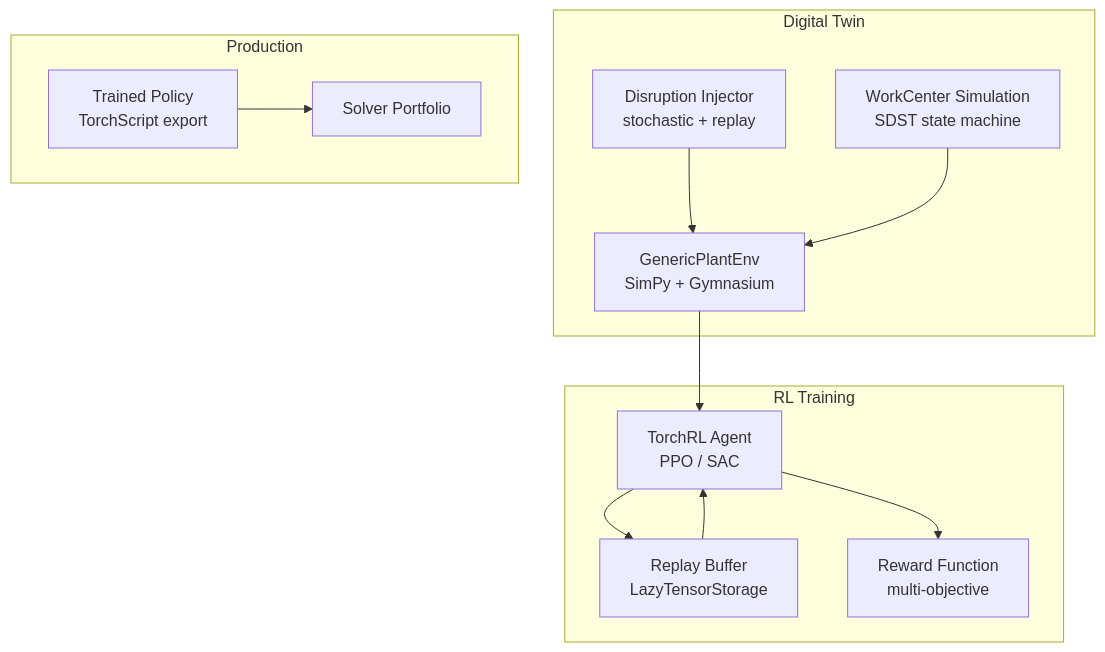
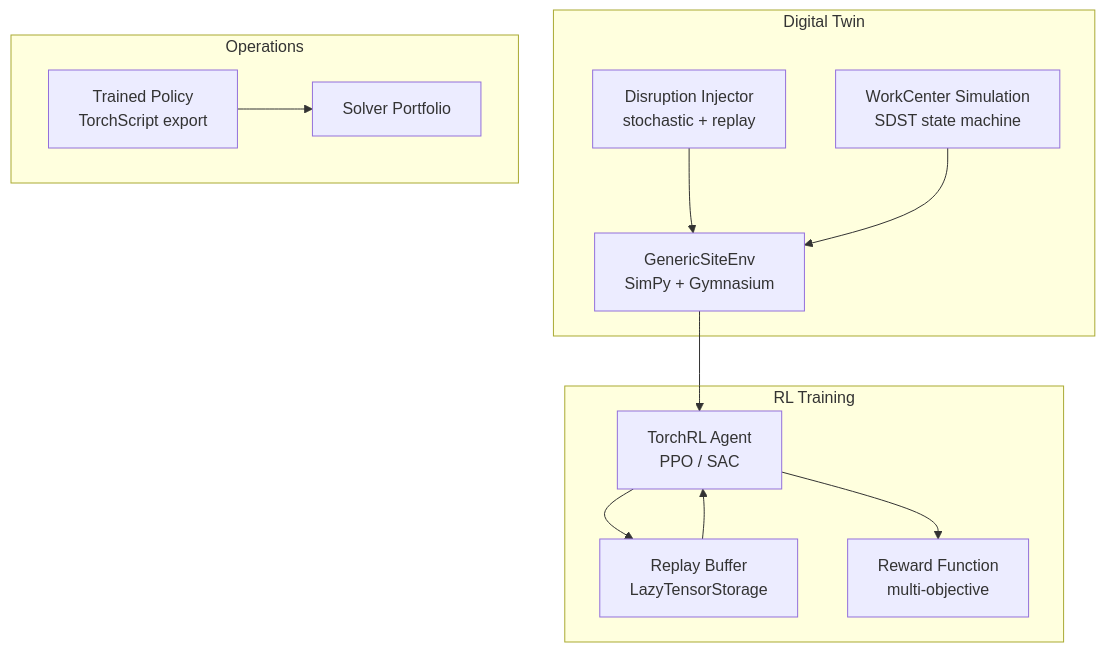
The diagram in docs/evolution/V1_DIGITAL_TWIN_DES.md (KonkovDV/SynAPS), drawn with Mermaid before and after one commit. The commit also changed other lines of this file and 174 other files, not shown here.

````diff
--- a/docs/evolution/V1_DIGITAL_TWIN_DES.md
+++ b/docs/evolution/V1_DIGITAL_TWIN_DES.md
@@ -14,25 +14,25 @@
 ```mermaid
 graph TB
     subgraph Digital Twin
-        ENV[GenericPlantEnv<br/>SimPy + Gymnasium]
+        ENV[GenericSiteEnv<br/>SimPy + Gymnasium]
         WC_SIM[WorkCenter Simulation<br/>SDST state machine]
         DISRUPTION[Disruption Injector<br/>stochastic + replay]
     end
     subgraph RL Training
         AGENT[TorchRL Agent<br/>PPO / SAC]
         REPLAY[Replay Buffer<br/>LazyTensorStorage]
         REWARD[Reward Function<br/>multi-objective]
     end
-    subgraph Production
+    subgraph Operations
         SOLVER[Solver Portfolio]
         RL_POLICY[Trained Policy<br/>TorchScript export]
     end
 
     ENV --> AGENT
     AGENT --> REPLAY
     REPLAY --> AGENT
     AGENT --> REWARD
     RL_POLICY --> SOLVER
     DISRUPTION --> ENV
     WC_SIM --> ENV
 ```
````
